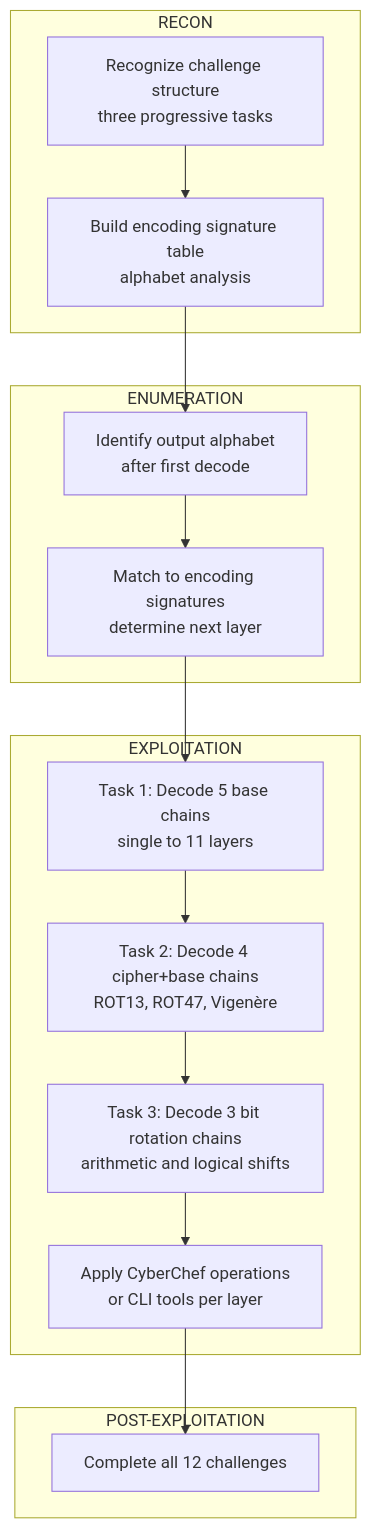
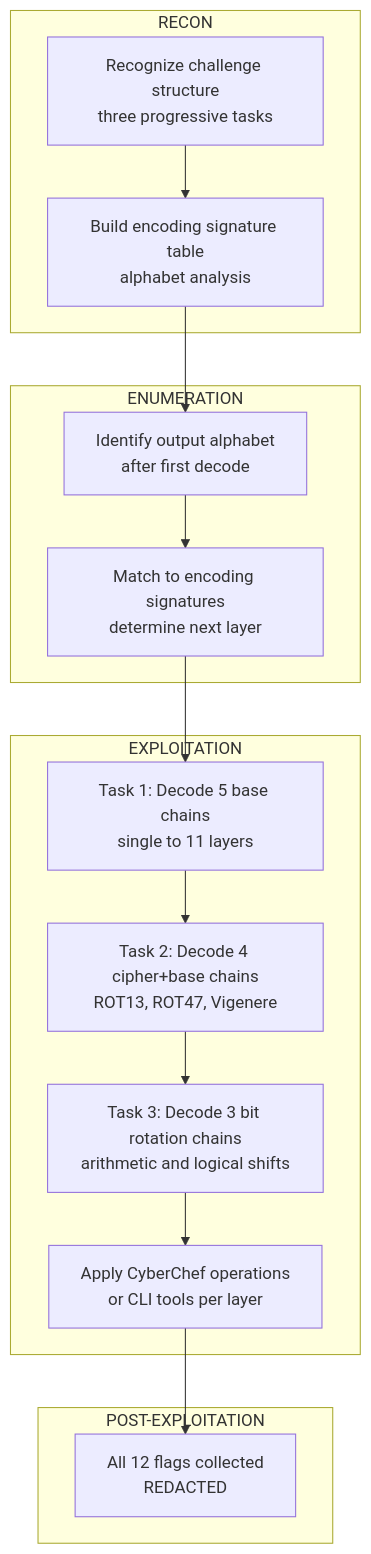
One commit to renekerr/lab-notes changed the diagram in BreakIt.md. Above: the diagram before and after it, drawn with Mermaid.

Commit message:
Fix Mermaid attack chain in BreakIt (duplicate node ID, accented character)

````diff
--- a/BreakIt.md
+++ b/BreakIt.md
@@ -269,32 +269,32 @@
 ```mermaid
 graph TD
  subgraph RECON["RECON"]
   A["Recognize challenge structure<br/>three progressive tasks"]
   B["Build encoding signature table<br/>alphabet analysis"]
  end
  
  subgraph ENUM["ENUMERATION"]
   C["Identify output alphabet<br/>after first decode"]
   D["Match to encoding signatures<br/>determine next layer"]
  end
  
  subgraph EXPL["EXPLOITATION"]
   E["Task 1: Decode 5 base chains<br/>single to 11 layers"]
-  F["Task 2: Decode 4 cipher+base chains<br/>ROT13, ROT47, Vigenère"]
+  F["Task 2: Decode 4 cipher+base chains<br/>ROT13, ROT47, Vigenere"]
   G["Task 3: Decode 3 bit rotation chains<br/>arithmetic and logical shifts"]
   H["Apply CyberChef operations<br/>or CLI tools per layer"]
+ end
+ 
+ subgraph POST["POST-EXPLOITATION"]
+  I["All 12 flags collected<br/>REDACTED"]
  end
  
  A --> B
  B --> C
  C --> D
  D --> E
  E --> F
  F --> G
  G --> H
- H --> I["Flags collected<br/>REDACTED"]
- 
- subgraph POST["POST-EXPLOITATION"]
-  I["Complete all 12 challenges"]
- end
+ H --> I
 ```
````
